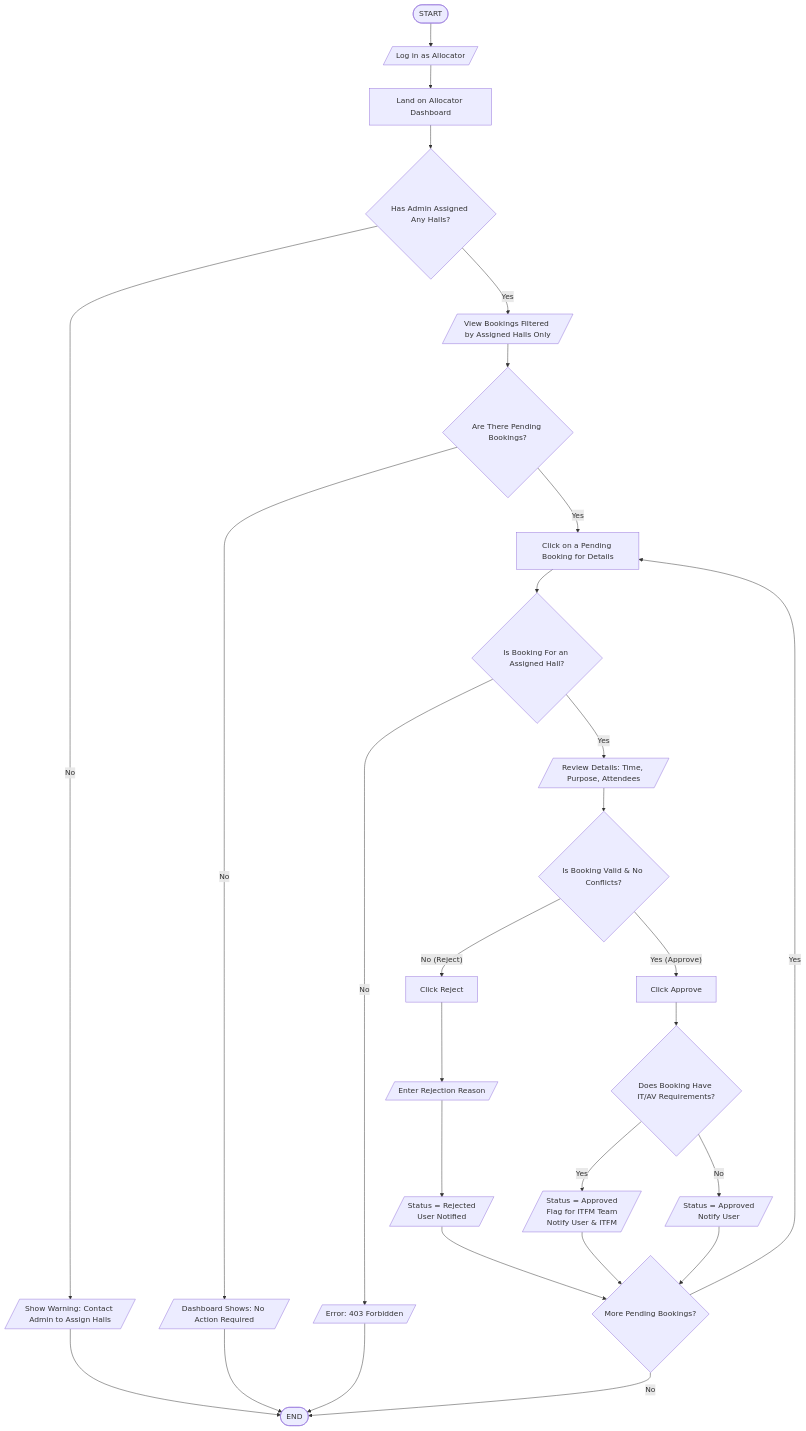
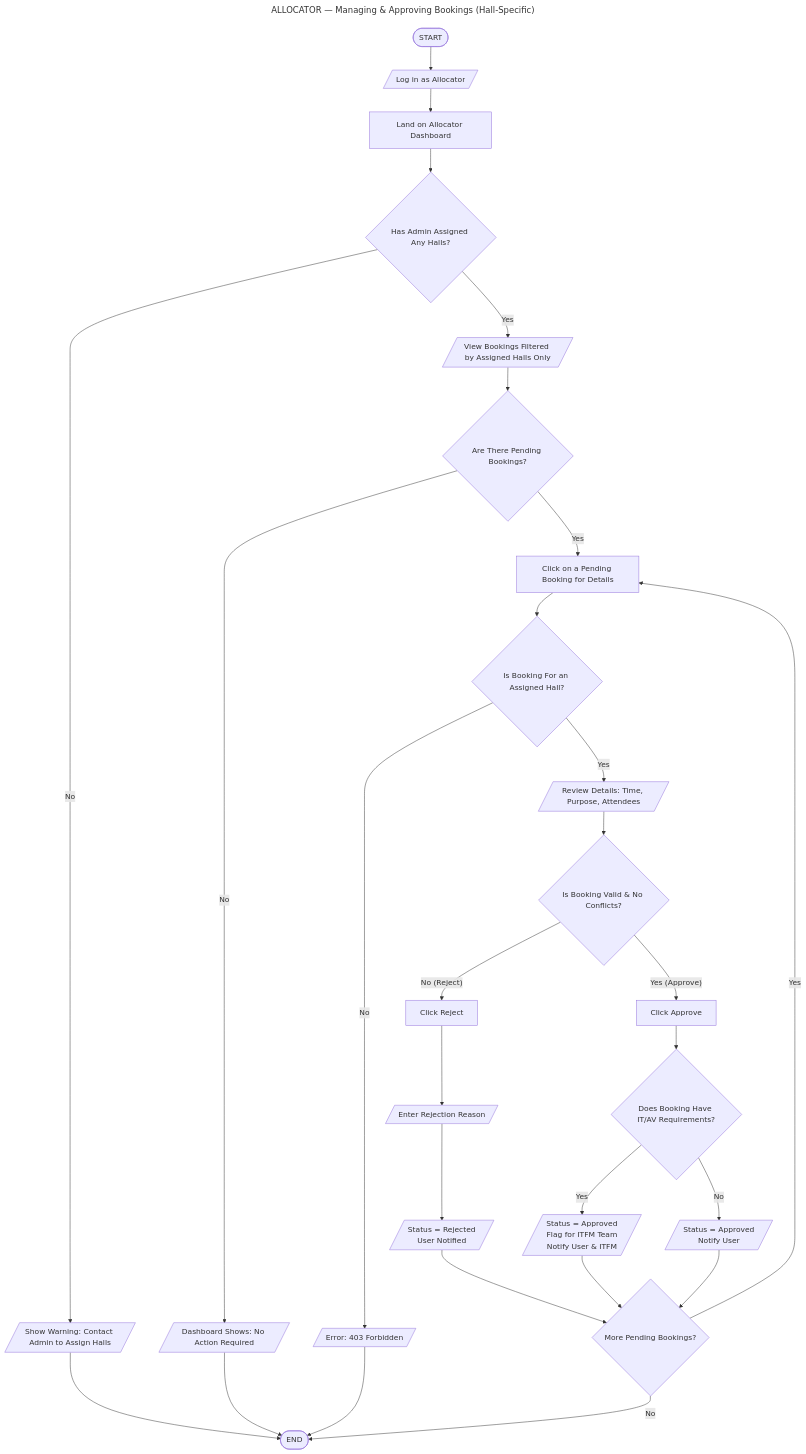
Before and after one commit to Arunav2431/RefineryBookingSystem: the second of 5 diagrams in ROLE_FLOWCHARTS.md, drawn with Mermaid. The commit also changed other lines of this file, not shown here.

Commit message:
docs: Add frontmatter titles and explicit start/end markers to flowcharts

````diff
--- a/ROLE_FLOWCHARTS.md
+++ b/ROLE_FLOWCHARTS.md
@@ -76,40 +82,43 @@
 ```mermaid
+---
+title: ALLOCATOR — Managing & Approving Bookings (Hall-Specific)
+---
 flowchart TD
     A([START]) --> B[/Log in as Allocator/]
     B --> C[Land on Allocator Dashboard]
     C --> D{Has Admin Assigned Any Halls?}
 
     D -- No --> E[/Show Warning: Contact Admin to Assign Halls/]
     E --> Z([END])
 
     D -- Yes --> F[/View Bookings Filtered by Assigned Halls Only/]
     F --> G{Are There Pending Bookings?}
 
     G -- No --> H[/Dashboard Shows: No Action Required/]
     H --> Z
 
     G -- Yes --> I[Click on a Pending Booking for Details]
     I --> J{Is Booking For an Assigned Hall?}
     J -- No --> K[/Error: 403 Forbidden/]
     K --> Z
 
     J -- Yes --> L[/Review Details: Time, Purpose, Attendees/]
     L --> M{Is Booking Valid & No Conflicts?}
 
     M -- "No (Reject)" --> N[Click Reject]
     N --> O[/Enter Rejection Reason/]
     O --> P[/Status = Rejected\nUser Notified/]
     P --> Q{More Pending Bookings?}
 
     M -- "Yes (Approve)" --> R[Click Approve]
     R --> S{Does Booking Have IT/AV Requirements?}
 
     S -- Yes --> T[/Status = Approved\nFlag for ITFM Team\nNotify User & ITFM/]
     T --> Q
 
     S -- No --> U[/Status = Approved\nNotify User/]
     U --> Q
 
     Q -- Yes --> I
     Q -- No --> Z
 ```
````
